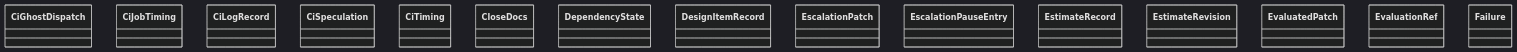
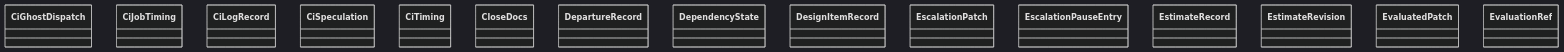
Before and after one commit to GonzaloZevallos/agentic-system: the diagram in docs/architecture/generated/classes-process-domain-state-4.md, drawn with Mermaid (dark theme). The commit also changed 9 other files, not shown here.

````diff
--- a/docs/architecture/generated/classes-process-domain-state-4.md
+++ b/docs/architecture/generated/classes-process-domain-state-4.md
@@ -28,18 +28,18 @@
 ```mermaid
 classDiagram
     class task__CiGhostDispatch["CiGhostDispatch"]
     class task__CiJobTiming["CiJobTiming"]
     class task__CiLogRecord["CiLogRecord"]
     class task__CiSpeculation["CiSpeculation"]
     class task__CiTiming["CiTiming"]
     class task__CloseDocs["CloseDocs"]
+    class task__DepartureRecord["DepartureRecord"]
     class task__DependencyState["DependencyState"]
     class task__DesignItemRecord["DesignItemRecord"]
     class task__EscalationPatch["EscalationPatch"]
     class task__EscalationPauseEntry["EscalationPauseEntry"]
     class task__EstimateRecord["EstimateRecord"]
     class task__EstimateRevision["EstimateRevision"]
     class task__EvaluatedPatch["EvaluatedPatch"]
     class task__EvaluationRef["EvaluationRef"]
-    class task__Failure["Failure"]
 ```
````
